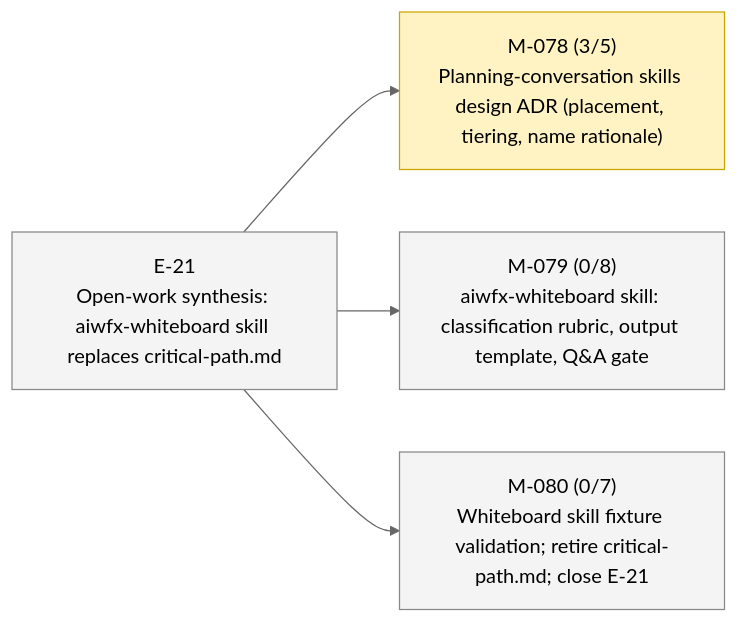
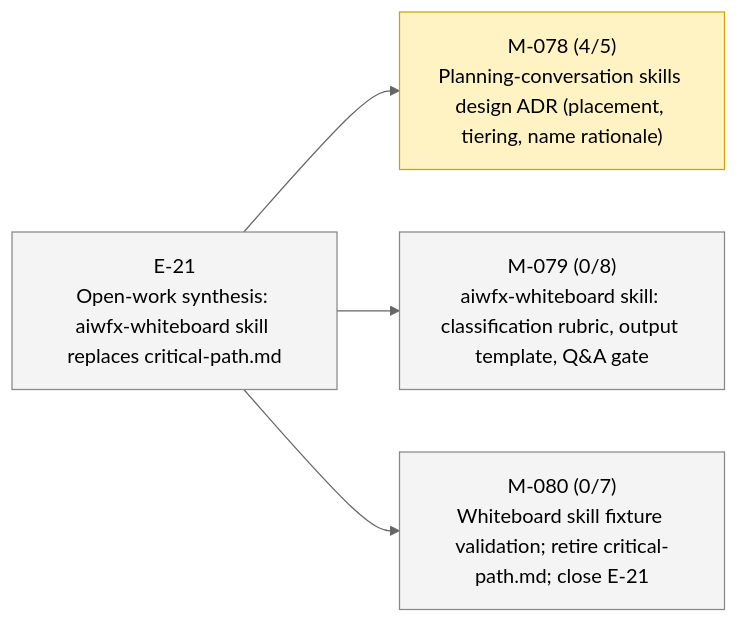
The second of 2 diagrams in STATUS.md (23min/aiwf), drawn with Mermaid (neutral theme) before and after one commit. The commit also changed other lines of this file and 1 other file, not shown here.

````diff
--- a/STATUS.md
+++ b/STATUS.md
@@ -47,16 +47,16 @@
 ```mermaid
 flowchart LR
   E_21["E-21<br/>Open-work synthesis: aiwfx-whiteboard skill replaces critical-path.md"]:::epic_proposed
-  M_078["M-078 (3/5)<br/>Planning-conversation skills design ADR (placement, tiering, name rationale)"]:::ms_in_progress
+  M_078["M-078 (4/5)<br/>Planning-conversation skills design ADR (placement, tiering, name rationale)"]:::ms_in_progress
   E_21 --> M_078
   M_079["M-079 (0/8)<br/>aiwfx-whiteboard skill: classification rubric, output template, Q&A gate"]:::ms_draft
   E_21 --> M_079
   M_080["M-080 (0/7)<br/>Whiteboard skill fixture validation; retire critical-path.md; close E-21"]:::ms_draft
   E_21 --> M_080
   classDef epic_active fill:#d6eaff,stroke:#1a73e8,color:#000
   classDef epic_proposed fill:#f4f4f4,stroke:#888,color:#000
   classDef ms_done fill:#d8f5d8,stroke:#2a8a2a,color:#000
   classDef ms_in_progress fill:#fff3c4,stroke:#caa400,color:#000
   classDef ms_draft fill:#f4f4f4,stroke:#888,color:#000
   classDef ms_cancelled fill:#fbeaea,stroke:#c33,color:#000
 ```
````
